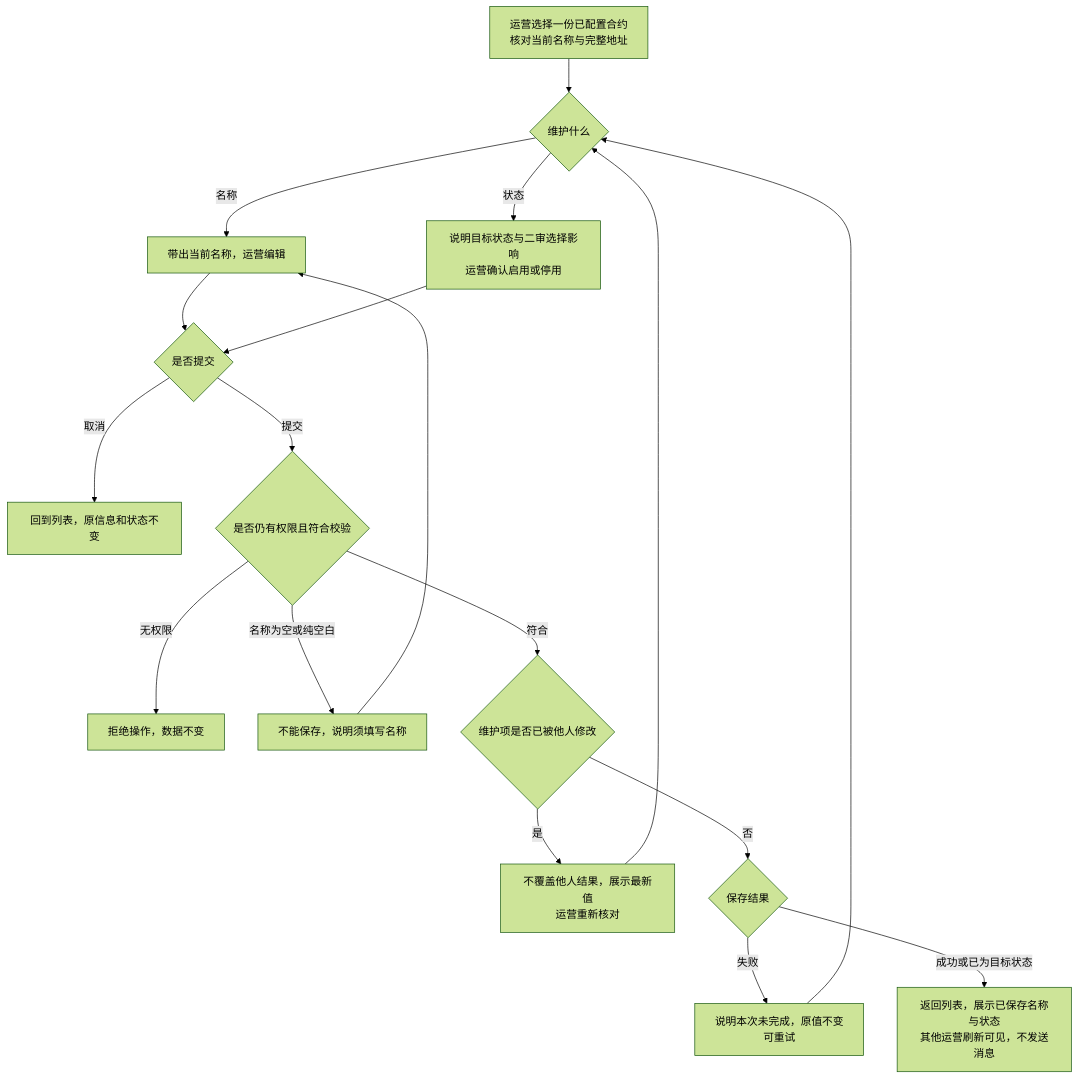
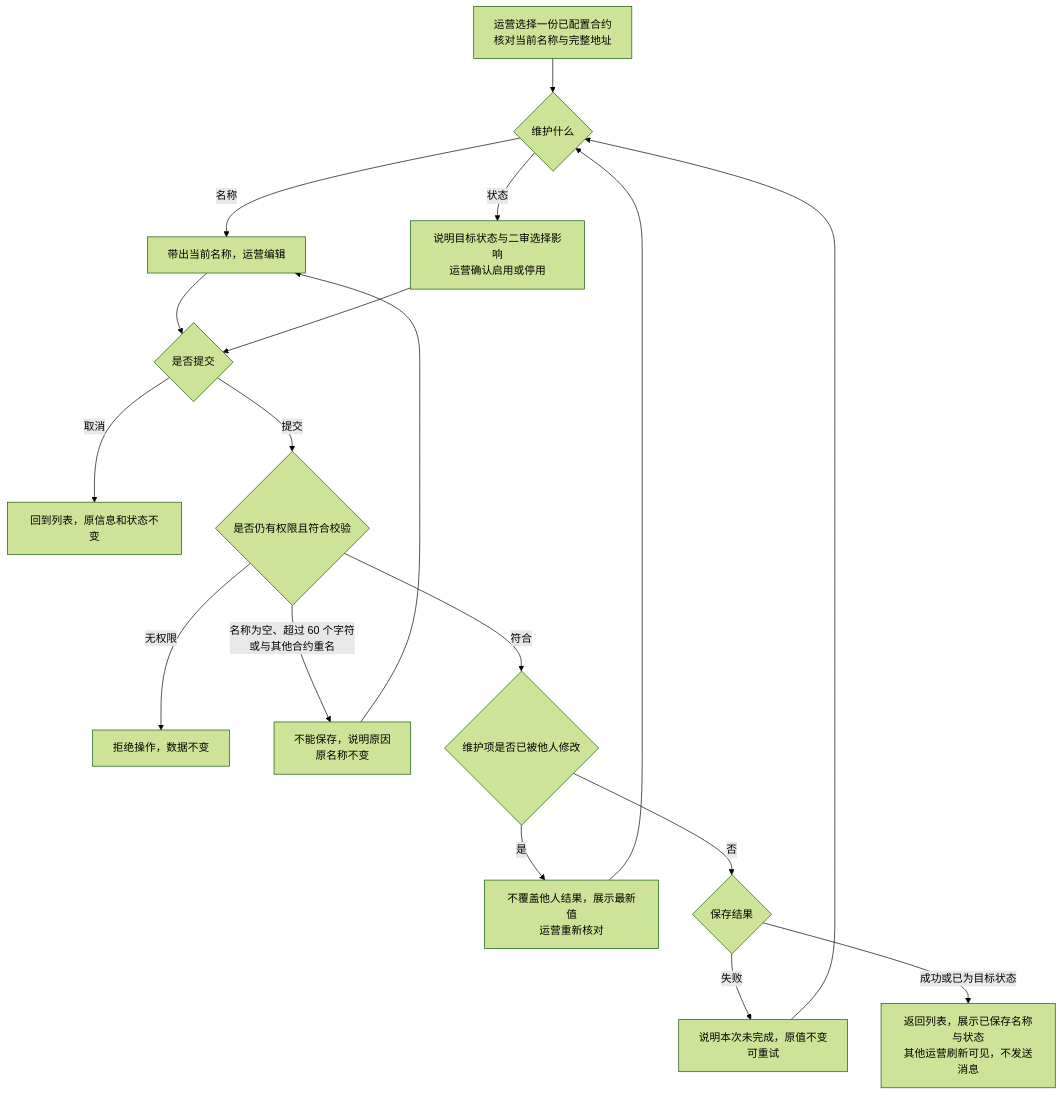
The third of 4 diagrams in token-issuance-platform/PRD/管理端/M6-合约管理/02-合约管理-流程图与状态机.md (wxblockchain/Chain-Financing), drawn with Mermaid (forest theme) before and after one commit. The commit also changed other lines of this file and 2 other files, not shown here.

````diff
--- a/token-issuance-platform/PRD/管理端/M6-合约管理/02-合约管理-流程图与状态机.md
+++ b/token-issuance-platform/PRD/管理端/M6-合约管理/02-合约管理-流程图与状态机.md
@@ -62,20 +62,20 @@
 ```mermaid
 flowchart TD
     A[运营选择一份已配置合约<br/>核对当前名称与完整地址] --> B{维护什么}
     B -->|名称| C[带出当前名称，运营编辑]
     B -->|状态| D[说明目标状态与二审选择影响<br/>运营确认启用或停用]
     C --> E{是否提交}
     D --> E
     E -->|取消| F[回到列表，原信息和状态不变]
     E -->|提交| G{是否仍有权限且符合校验}
     G -->|无权限| H[拒绝操作，数据不变]
-    G -->|名称为空或纯空白| I[不能保存，说明须填写名称]
+    G -->|名称为空、超过 60 个字符<br/>或与其他合约重名| I[不能保存，说明原因<br/>原名称不变]
     I --> C
     G -->|符合| J{维护项是否已被他人修改}
     J -->|是| K[不覆盖他人结果，展示最新值<br/>运营重新核对]
     K --> B
     J -->|否| L{保存结果}
     L -->|失败| M[说明本次未完成，原值不变<br/>可重试]
     M --> B
     L -->|成功或已为目标状态| N[返回列表，展示已保存名称与状态<br/>其他运营刷新可见，不发送消息]
 ```
````
